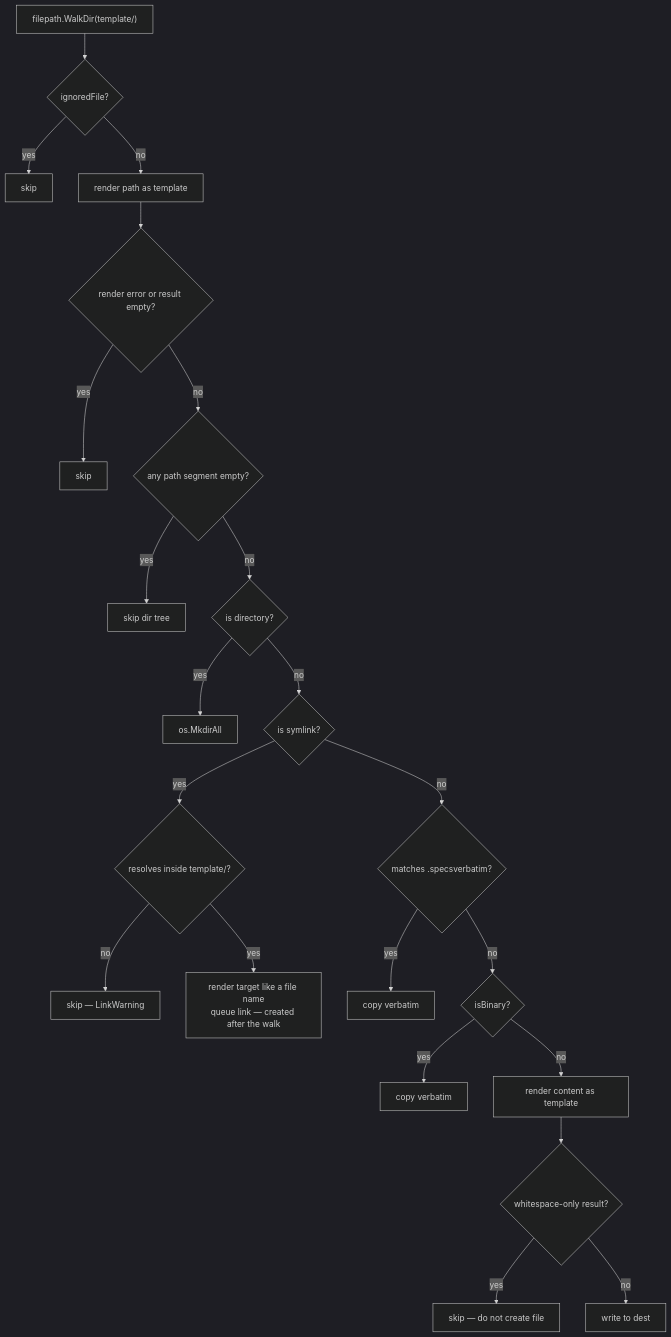
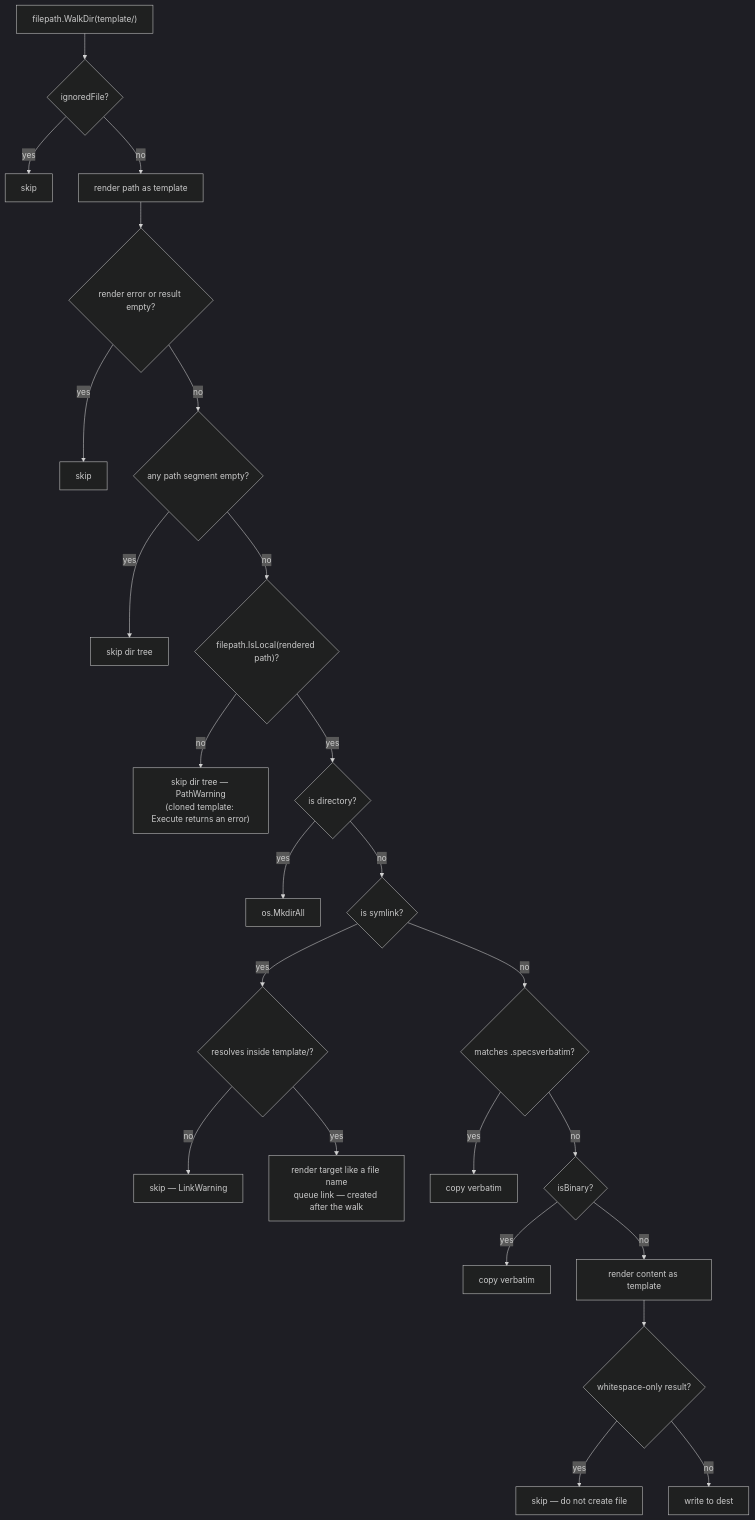
Before and after one commit to specsnl/specs-cli: the third of 4 diagrams in docs/content/docs/architecture/overview.md, drawn with Mermaid (dark theme). The commit also changed other lines of this file and 4 other files, not shown here.

Commit message:
docs: document the rendered-path bounds check (GH-183)

````diff
--- a/docs/content/docs/architecture/overview.md
+++ b/docs/content/docs/architecture/overview.md
@@ -237,24 +237,26 @@
 ```mermaid
 flowchart TD
     A["filepath.WalkDir(template/)"] --> B{ignoredFile?}
     B -->|yes| Skip1[skip]
     B -->|no| C[render path as template]
     C --> D{render error or result empty?}
     D -->|yes| Skip2[skip]
     D -->|no| E{any path segment empty?}
     E -->|yes| Skip3[skip dir tree]
-    E -->|no| F{is directory?}
+    E -->|no| P{"filepath.IsLocal(rendered path)?"}
+    P -->|no| Skip6["skip dir tree — PathWarning\n(cloned template: Execute returns an error)"]
+    P -->|yes| F{is directory?}
     F -->|yes| Mkdir[os.MkdirAll]
     F -->|no| L{is symlink?}
     L -->|yes| L1{resolves inside template/?}
     L1 -->|no| Skip5[skip — LinkWarning]
     L1 -->|yes| L2["render target like a file name\nqueue link — created after the walk"]
     L -->|no| G{matches .specsverbatim?}
     G -->|yes| Copy1[copy verbatim]
     G -->|no| H{isBinary?}
     H -->|yes| Copy2[copy verbatim]
     H -->|no| I[render content as template]
     I --> J{whitespace-only result?}
     J -->|yes| Skip4[skip — do not create file]
     J -->|no| Write[write to dest]
 ```
````
